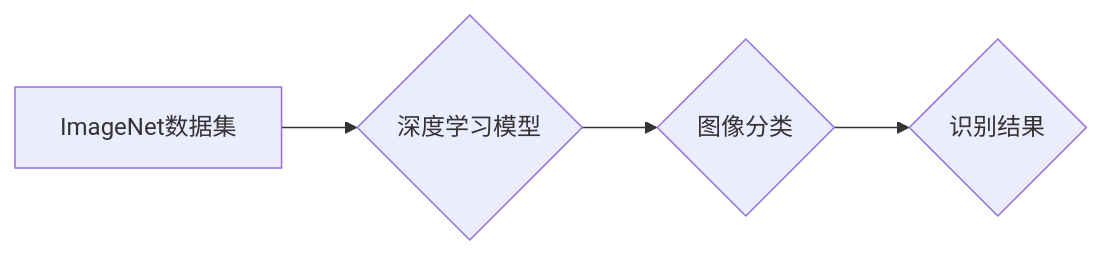
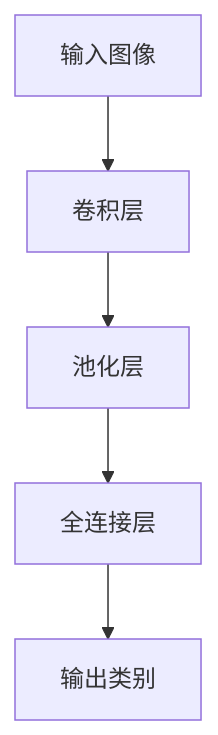
One commit to AIGeniusInstitute/pycnblog changed the diagram in ai/140/李飞飞与ImageNet的故事.md. Above: the diagram before and after it, drawn with Mermaid. The commit also changed other lines of this file and 45677 other files, not shown here.

````diff
--- a/ai/140/李飞飞与ImageNet的故事.md
+++ b/ai/140/李飞飞与ImageNet的故事.md
@@ -19,6 +19,7 @@
 ```mermaid
-graph LR
-    A[ImageNet数据集] --> B{深度学习模型}
-    B --> C{图像分类}
-    C --> D{识别结果}
+graph TD
+    A[输入图像] --> B[卷积层]
+    B --> C[池化层]
+    C --> D[全连接层]
+    D --> E[输出类别]
 ```
````
